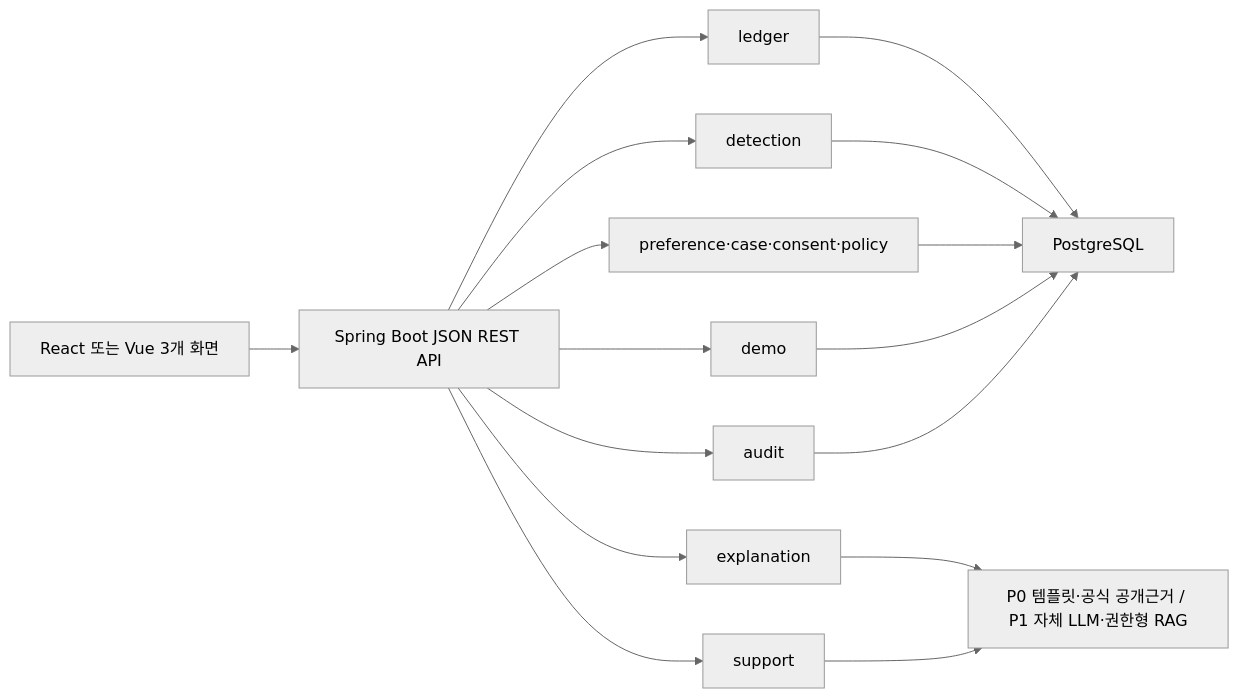
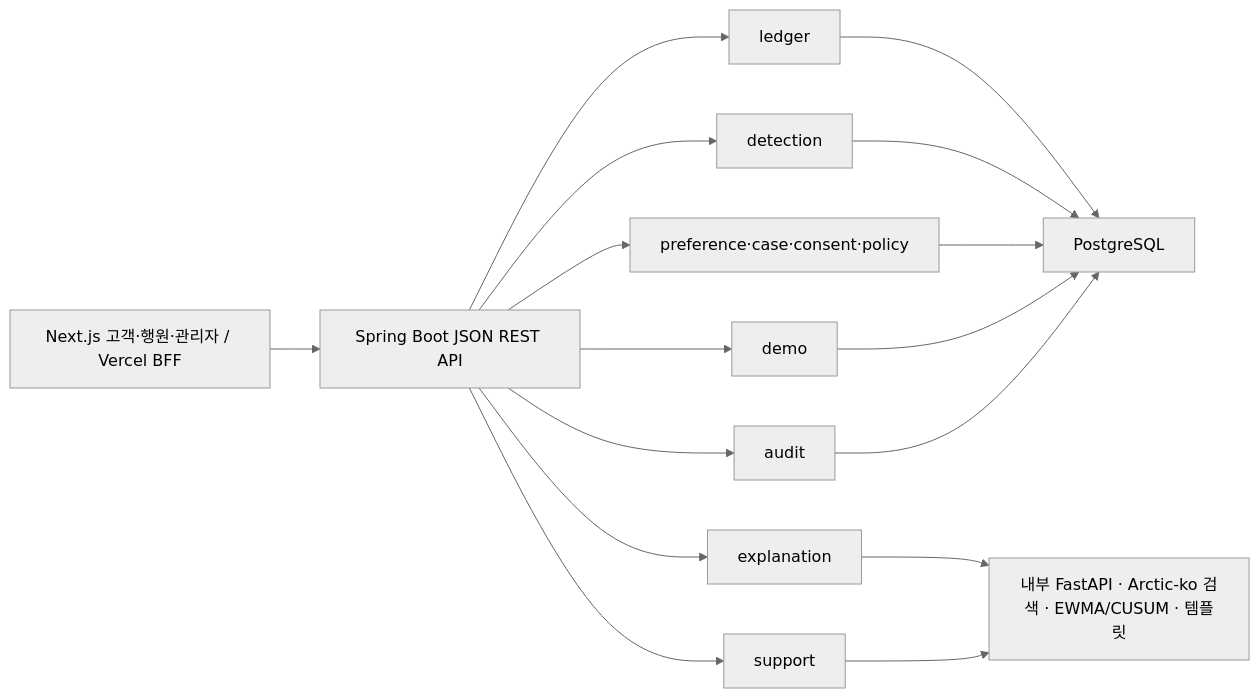
One commit to xixvivji/alzs-well changed the second of 3 diagrams in ALZS_WELL_PROJECT_SSOT.md. Above: the diagram before and after it, drawn with Mermaid (neutral theme). The commit also changed other lines of this file and 16 other files, not shown here.

````diff
--- a/ALZS_WELL_PROJECT_SSOT.md
+++ b/ALZS_WELL_PROJECT_SSOT.md
@@ -1108,18 +1118,18 @@
 ```mermaid
 flowchart LR
-    A["React 또는 Vue 3개 화면"] --> B["Spring Boot JSON REST API"]
+    A["Next.js 고객·행원·관리자 / Vercel BFF"] --> B["Spring Boot JSON REST API"]
     B --> C["ledger"]
     B --> D["detection"]
     B --> E["preference·case·consent·policy"]
     B --> F["explanation"]
     B --> K["support"]
     B --> G["demo"]
     B --> H["audit"]
     C --> I["PostgreSQL"]
     D --> I
     E --> I
-    F --> J["P0 템플릿·공식 공개근거 / P1 자체 LLM·권한형 RAG"]
+    F --> J["내부 FastAPI · Arctic-ko 검색 · EWMA/CUSUM · 템플릿"]
     K --> J
     G --> I
     H --> I
 ```
````
